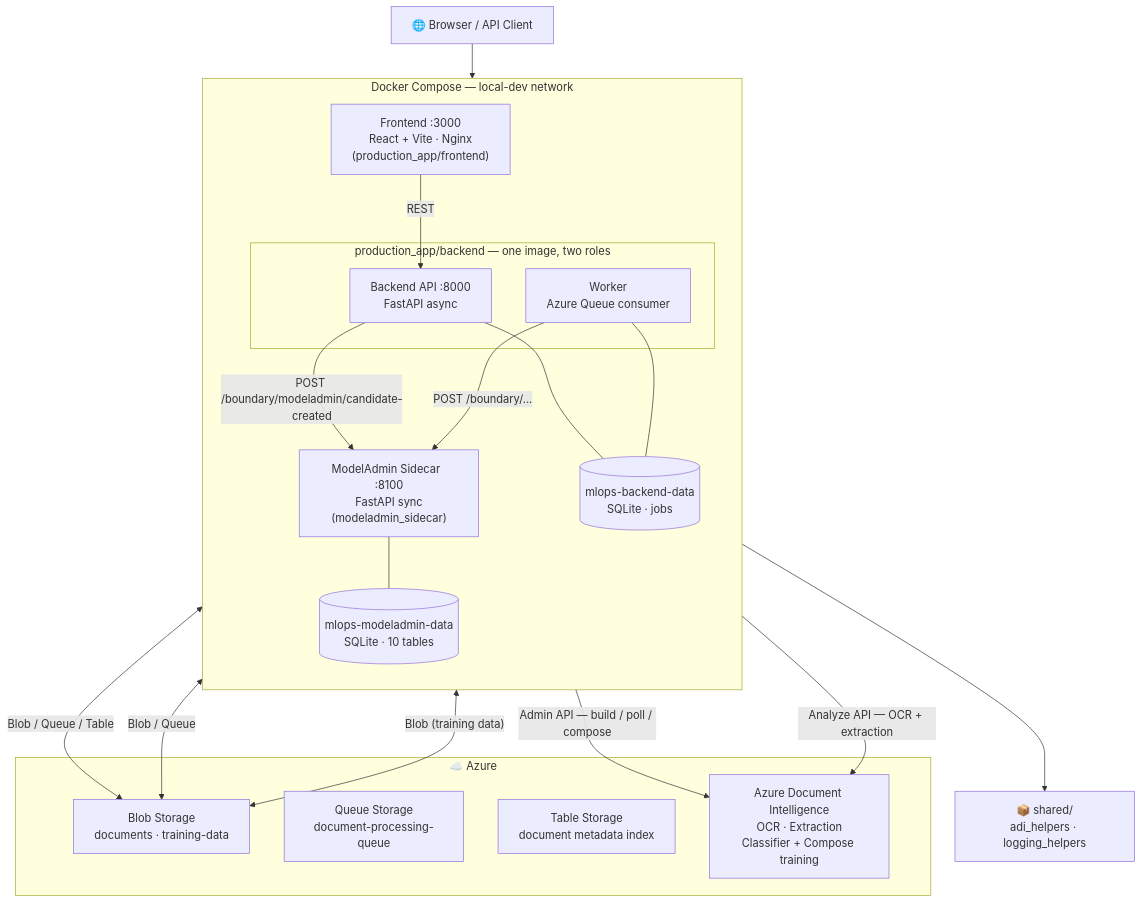
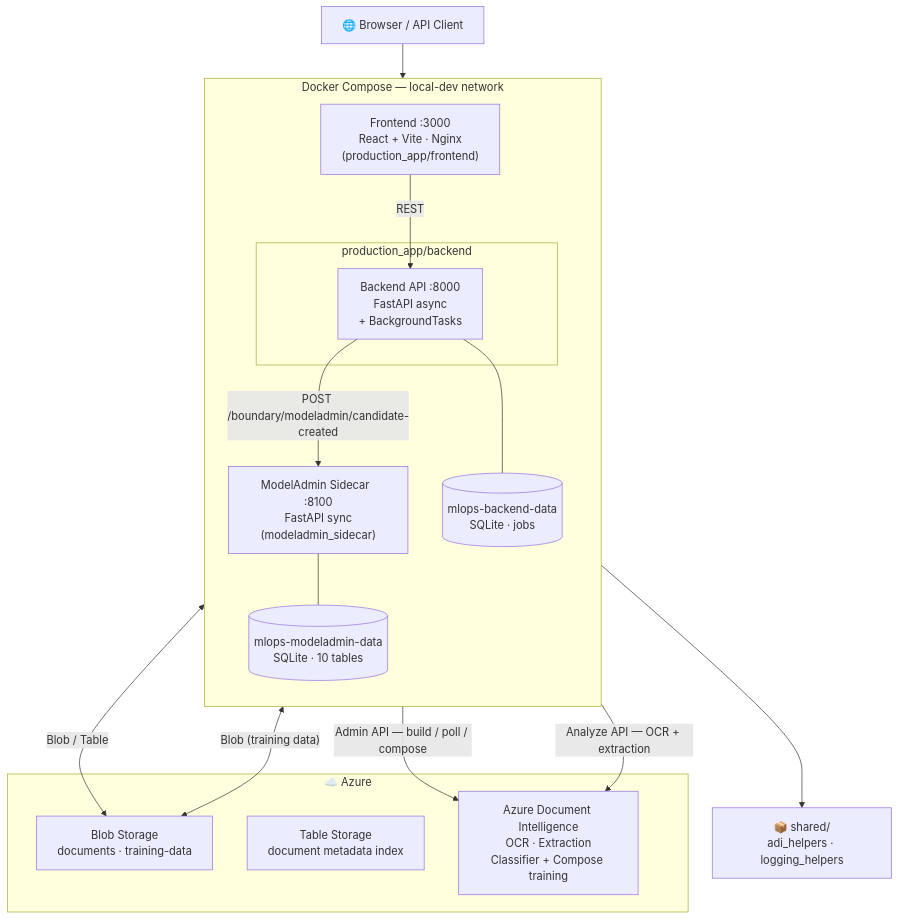
One commit to southworks/mlops-document-intelligence changed the second of 8 diagrams in docs/ARCHITECTURE.md. Above: the diagram before and after it, drawn with Mermaid. The commit also changed other lines of this file and 9 other files, not shown here.

````diff
--- a/docs/ARCHITECTURE.md
+++ b/docs/ARCHITECTURE.md
@@ -54,48 +54,43 @@
 ```mermaid
 graph TB
     Browser["🌐 Browser / API Client"]
 
     subgraph compose["Docker Compose — local-dev network"]
         direction TB
 
         FE["Frontend  :3000\nReact + Vite · Nginx\n(production_app/frontend)"]
 
-        subgraph backend_group["production_app/backend — one image, two roles"]
-            BAPI["Backend API  :8000\nFastAPI async"]
-            WRK["Worker\nAzure Queue consumer"]
+        subgraph backend_group["production_app/backend"]
+            BAPI["Backend API  :8000\nFastAPI async\n+ BackgroundTasks"]
         end
 
         MA["ModelAdmin Sidecar  :8100\nFastAPI sync\n(modeladmin_sidecar)"]
 
         DB_B[("mlops-backend-data\nSQLite · jobs")]
         DB_M[("mlops-modeladmin-data\nSQLite · 10 tables")]
     end
 
     subgraph azure["☁️  Azure"]
         AZ_BLOB["Blob Storage\ndocuments · training-data"]
-        AZ_QUEUE["Queue Storage\ndocument-processing-queue"]
         AZ_TABLE["Table Storage\ndocument metadata index"]
         ADI["Azure Document Intelligence\nOCR · Extraction\nClassifier + Compose training"]
     end
 
     SHARED["📦 shared/\nadi_helpers · logging_helpers"]
 
     Browser --> FE
     FE -->|"REST"| BAPI
 
     BAPI -->|"POST /boundary/modeladmin/candidate-created"| MA
-    WRK  -->|"POST /boundary/..."| MA
 
-    BAPI <-->|"Blob / Queue / Table"| AZ_BLOB
-    WRK  <-->|"Blob / Queue"| AZ_BLOB
+    BAPI <-->|"Blob / Table"| AZ_BLOB
     MA   <-->|"Blob (training data)"| AZ_BLOB
 
     BAPI --- DB_B
-    WRK  --- DB_B
     MA   --- DB_M
 
     MA   -->|"Admin API — build / poll / compose"| ADI
     BAPI -->|"Analyze API — OCR + extraction"| ADI
 
     MA   --> SHARED
 ```
````
